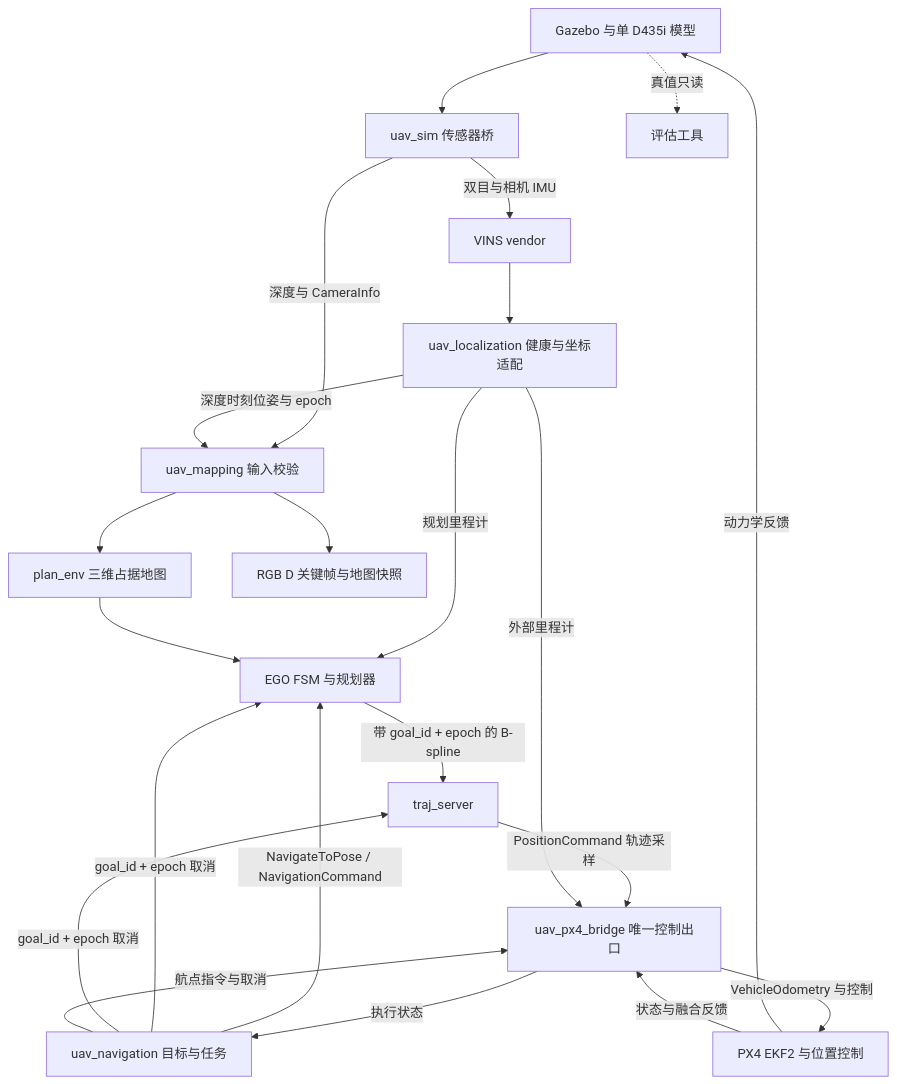
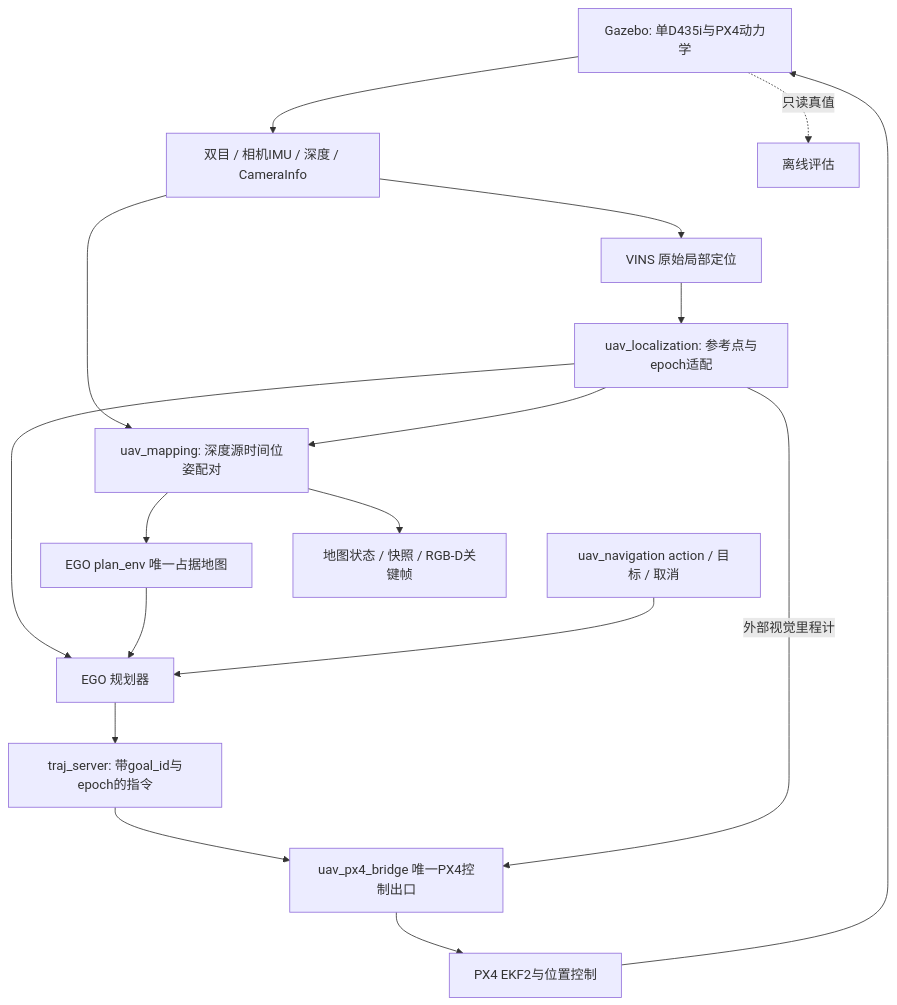
The diagram in docs/architecture.md (CynthiaThomas5/Vinsfusion_Egoplanner), drawn with Mermaid before and after one commit. The commit also changed other lines of this file and 2184 other files, not shown here.

````diff
--- a/docs/architecture.md
+++ b/docs/architecture.md
@@ -3,24 +3,19 @@
 ```mermaid
 flowchart TD
-  G[Gazebo 与单 D435i 模型] --> S[uav_sim 传感器桥]
-  S -->|双目与相机 IMU| V[VINS vendor]
-  V --> L[uav_localization 健康与坐标适配]
-  S -->|深度与 CameraInfo| M[uav_mapping 输入校验]
-  L -->|深度时刻位姿与 epoch| M
-  M --> O[plan_env 三维占据地图]
-  L -->|规划里程计| E[EGO FSM 与规划器]
+  G[Gazebo: 单D435i与PX4动力学] --> S[双目 / 相机IMU / 深度 / CameraInfo]
+  S --> V[VINS 原始局部定位]
+  V --> L[uav_localization: 参考点与epoch适配]
+  S --> M[uav_mapping: 深度源时间位姿配对]
+  L --> M
+  M --> O[EGO plan_env 唯一占据地图]
+  L --> E[EGO 规划器]
   O --> E
-  N[uav_navigation 目标与任务] -->|NavigateToPose / NavigationCommand| E
-  N -->|goal_id + epoch 取消| E
-  E -->|带 goal_id + epoch 的 B-spline| T[traj_server]
-  N -->|goal_id + epoch 取消| T
-  T -->|PositionCommand 轨迹采样| P[uav_px4_bridge 唯一控制出口]
-  N -->|航点指令与取消| P
-  L -->|外部里程计| P
-  P -->|VehicleOdometry 与控制| F[PX4 EKF2 与位置控制]
-  F -->|动力学反馈| G
-  F -->|状态与融合反馈| P
-  P -->|执行状态| N
-  G -.真值只读.-> A[评估工具]
-  M --> K[RGB D 关键帧与地图快照]
+  N[uav_navigation action / 目标 / 取消] --> E
+  E --> T[traj_server: 带goal_id与epoch的指令]
+  T --> P[uav_px4_bridge 唯一PX4控制出口]
+  L -->|外部视觉里程计| P
+  P --> F[PX4 EKF2与位置控制]
+  F --> G
+  M --> K[地图状态 / 快照 / RGB-D关键帧]
+  G -.只读真值.-> A[离线评估]
 ```
````
